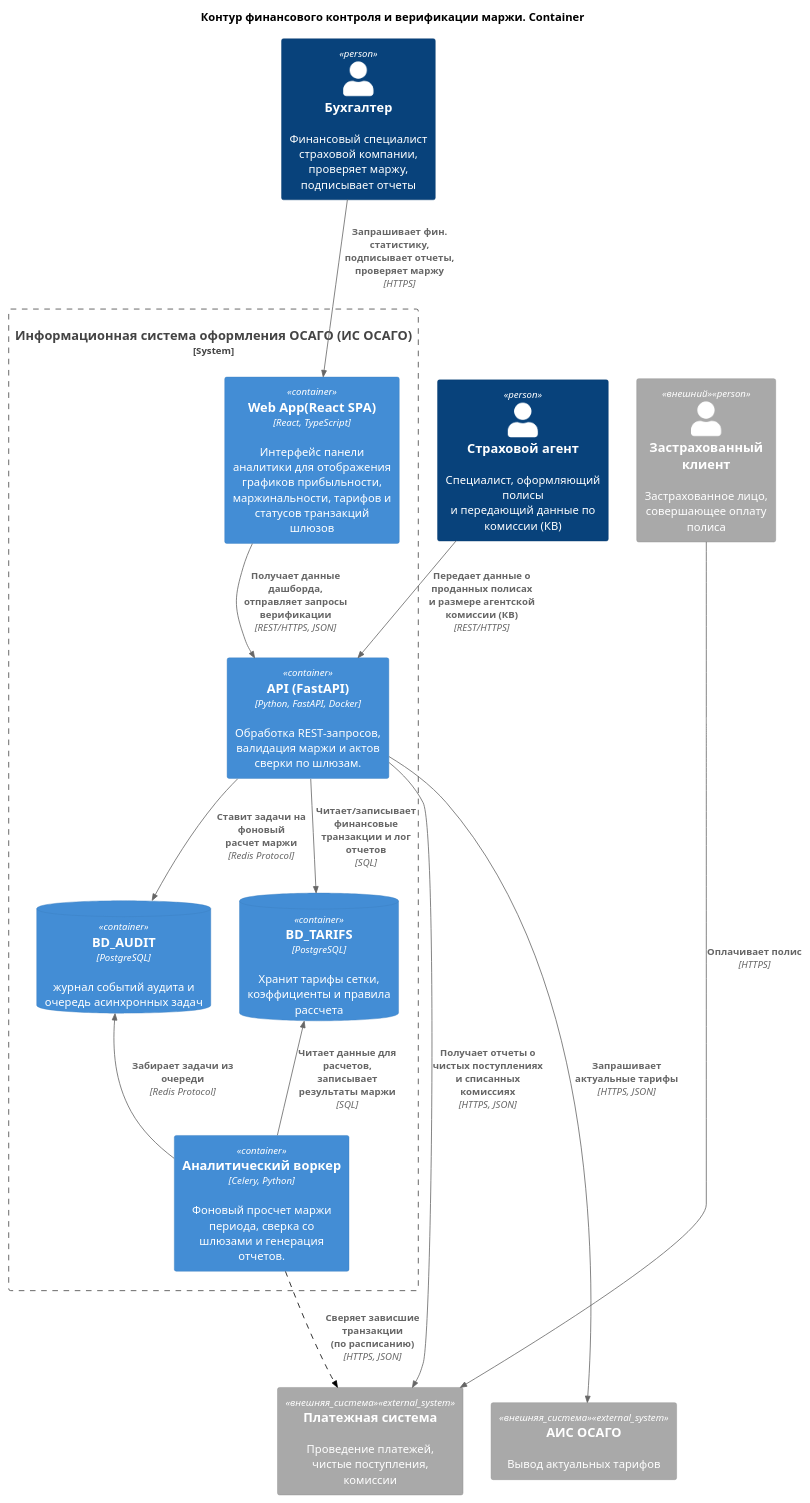
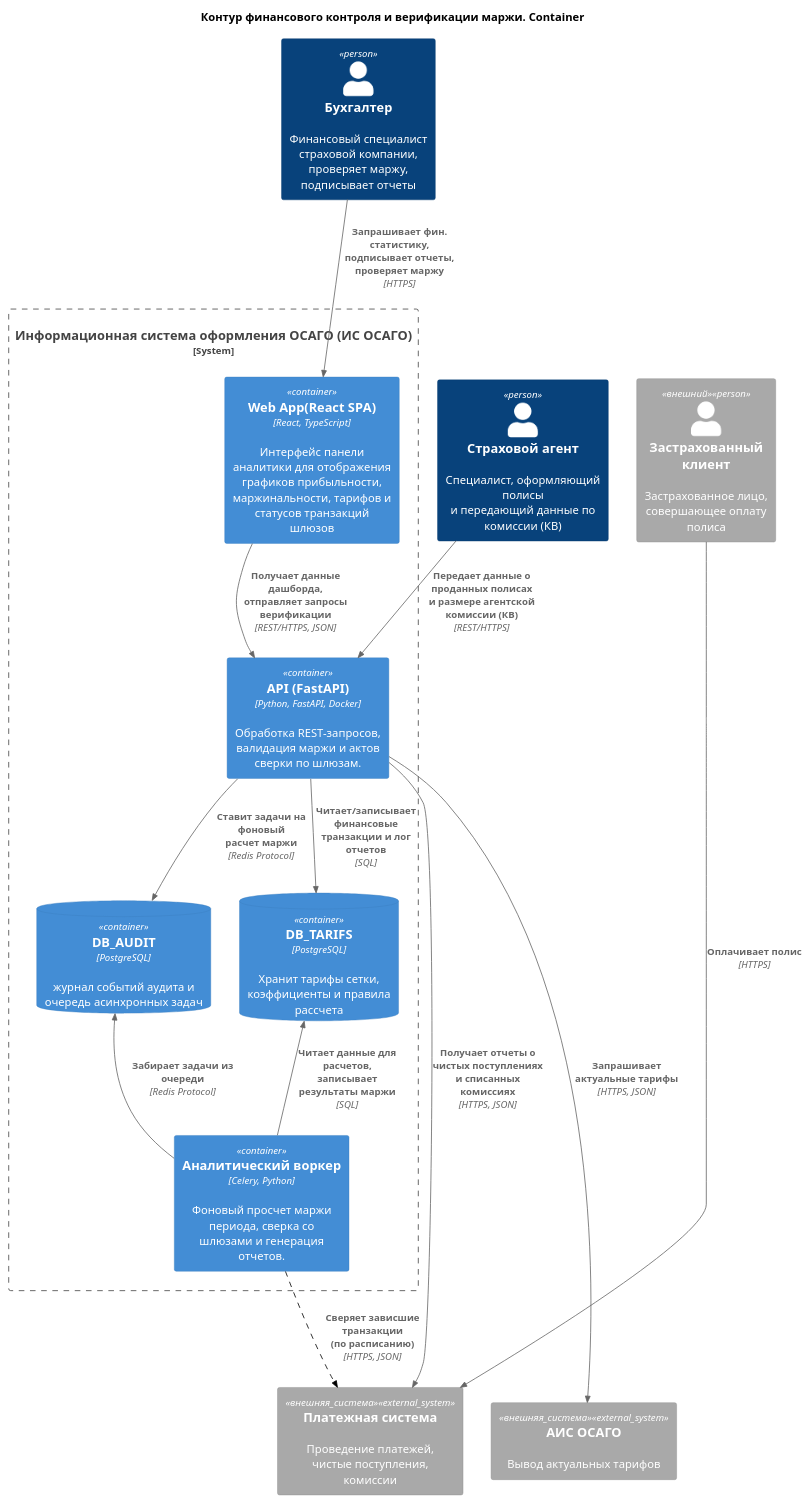
The diagram in docs_and_diagrams/Misha/container.puml (ElectricLight-ELO/Insurance-system), drawn with PlantUML before and after one commit. The commit also changed 1 other file, not shown here.

```diff
--- a/docs_and_diagrams/Misha/container.puml
+++ b/docs_and_diagrams/Misha/container.puml
@@ -1,70 +1,70 @@
 @startuml
 !include https://raw.githubusercontent.com/plantuml-stdlib/C4-PlantUML/master/C4_Container.puml
 
 title Контур финансового контроля и верификации маржи. Container
 
 
 AddSystemTag("внешняя_система", $bgColor="#A9A9A9", $borderColor="#8A8A8A", $fontColor="#FFFFFF")
 
 AddRelTag("пунктир", $lineStyle=DashedLine(), $lineColor="#000000", $legendText="Асинхронное взаимодействие (фоновая обработка)")
 
 AddPersonTag("внешний", $bgColor="#A9A9A9", $borderColor="#8A8A8A", $fontColor="#FFFFFF")
 AddSystemTag("внешняя_система", $bgColor="#A9A9A9", $borderColor="#8A8A8A", $fontColor="#FFFFFF")
 
 
 Person(accountant, "Бухгалтер", "Финансовый специалист страховой компании,\nпроверяет маржу, подписывает отчеты")
 Person(agent, "Страховой агент", "Специалист, оформляющий полисы\nи передающий данные по комиссии (КВ)")
 Person(client, "Застрахованный клиент", "Застрахованное лицо,\nсовершающее оплату полиса", $tags="внешний")
 
 System_Boundary(finance_service, "Информационная система оформления ОСАГО (ИС ОСАГО)") {
     Container(web_app, "Web App(React SPA)", "React, TypeScript", "Интерфейс панели аналитики для отображения графиков прибыльности, маржинальности, тарифов и статусов транзакций шлюзов")
     Container(api, "API (FastAPI)", "Python, FastAPI, Docker", "Обработка REST-запросов, валидация маржи и актов сверки по шлюзам.")
-    ContainerDb(database, "BD_TARIFS", "PostgreSQL", "Хранит тарифы сетки, коэффициенты и правила рассчета")
-    ContainerDb(queue_db, "BD_AUDIT", "PostgreSQL", "журнал событий аудита и очередь асинхронных задач")
+    ContainerDb(database, "DB_TARIFS", "PostgreSQL", "Хранит тарифы сетки, коэффициенты и правила рассчета")
+    ContainerDb(queue_db, "DB_AUDIT", "PostgreSQL", "журнал событий аудита и очередь асинхронных задач")
     Container(worker, "Аналитический воркер", "Celery, Python", "Фоновый просчет маржи периода, сверка со шлюзами и генерация отчетов.")
 }
 
 
 System_Ext(payment_sys, "Платежная система", "Проведение платежей, чистые поступления, комиссии", $tags="внешняя_система")
 System_Ext(ais_osago, "АИС ОСАГО", "Вывод актуальных тарифов", $tags="внешняя_система")
 
 
 
 
 Rel(accountant, web_app, "Запрашивает фин. статистику,\nподписывает отчеты, проверяет маржу", "HTTPS")
 Rel(agent, api, "Передает данные о проданных полисах\nи размере агентской комиссии (КВ)", "REST/HTTPS")
 Rel(client, payment_sys, "Оплачивает полис", "HTTPS")
 
 
 Rel(web_app, api, "Получает данные дашборда,\nотправляет запросы верификации", "REST/HTTPS, JSON")
 
 
 Rel(api, database, "Читает/записывает финансовые\nтранзакции и лог отчетов", "SQL")
 Rel(api, queue_db, "Ставит задачи на фоновый\nрасчет маржи", "Redis Protocol")
 
 
 Rel(api, payment_sys, "Получает отчеты о чистых поступлениях\nи списанных комиссиях", "HTTPS, JSON")
 Rel(api, ais_osago, "Запрашивает актуальные тарифы", "HTTPS, JSON")
 
 
 Rel(worker, queue_db, "Забирает задачи из очереди", "Redis Protocol")
 Rel(worker, database, "Читает данные для расчетов,\nзаписывает результаты маржи", "SQL")
 
 
 Rel(worker, payment_sys, "Сверяет зависшие транзакции\n(по расписанию)", "HTTPS, JSON", $tags="пунктир")
 
 
 
 accountant -[hidden]right- agent
 agent -[hidden]right- client
 
 accountant -[hidden]down- web_app
 web_app -[hidden]down- api
 api -[hidden]down- queue_db
 database -[hidden]right- queue_db
 queue_db -[hidden]down- worker
 
 finance_service -[hidden]down- payment_sys
 payment_sys -[hidden]right- ais_osago
 
 @enduml
```
